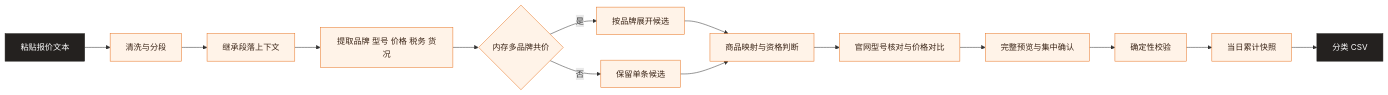
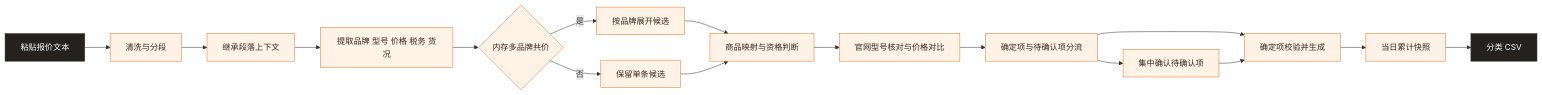
One commit to liukun-cpdd/wechat-quote-extractor changed the diagram in README.md. Above: the diagram before and after it, drawn with Mermaid. The commit also changed other lines of this file and 6 other files, not shown here.

````diff
--- a/README.md
+++ b/README.md
@@ -37,21 +37,23 @@
 ```mermaid
 flowchart LR
     A[粘贴报价文本] --> B[清洗与分段]
     B --> C[继承段落上下文]
     C --> D[提取品牌 型号 价格 税务 货况]
     D --> E{内存多品牌共价}
     E -- 是 --> F[按品牌展开候选]
     E -- 否 --> G[保留单条候选]
     F --> H[商品映射与资格判断]
     G --> H
     H --> M[官网型号核对与价格对比]
-    M --> I[完整预览与集中确认]
-    I --> J[确定性校验]
+    M --> I[确定项与待确认项分流]
+    I --> J[确定项校验并生成]
+    I --> N[集中确认待确认项]
+    N --> J
     J --> K[当日累计快照]
     K --> L[分类 CSV]
 
     classDef warm fill:#FFF3E8,stroke:#E87524,color:#3A2416
     classDef dark fill:#24211F,stroke:#24211F,color:#FFFFFF
     class A,L dark
-    class B,C,D,E,F,G,H,I,J,K,M warm
+    class B,C,D,E,F,G,H,I,J,K,M,N warm
 ```
````
